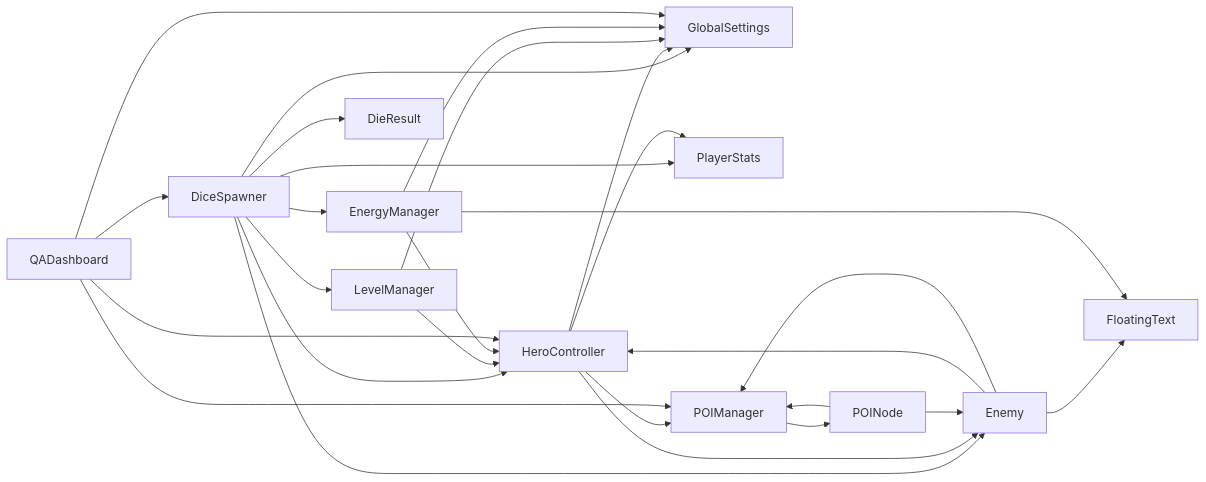
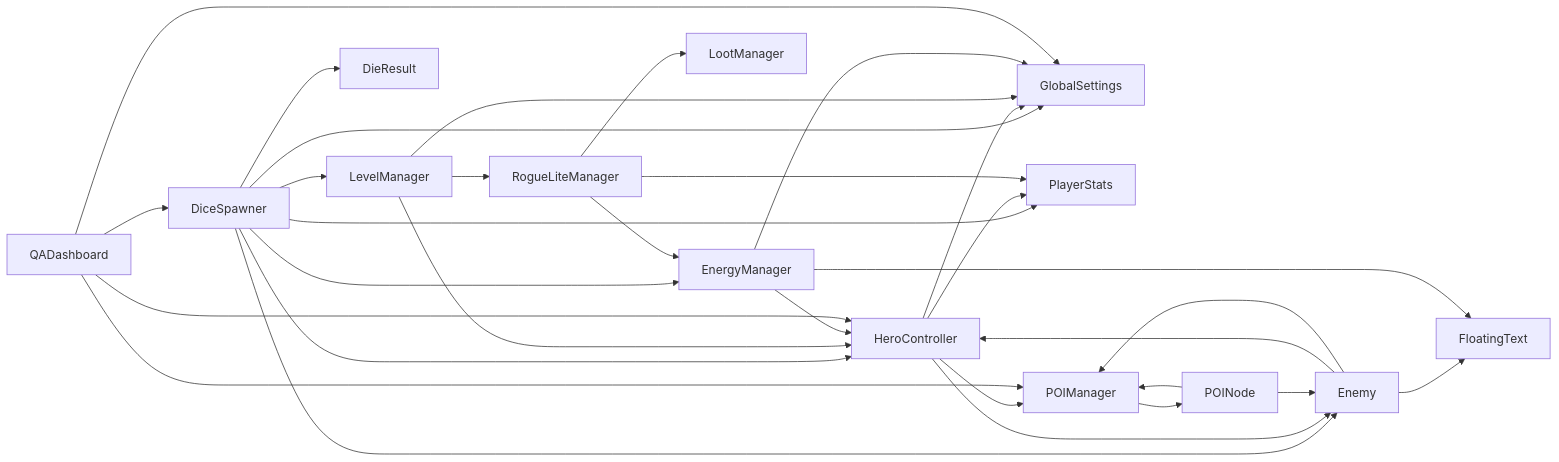
Before and after one commit to czyzem-stack/fatesRoll: the second of 16 diagrams in docs/ARCHITECTURE.md, drawn with Mermaid. The commit also changed other lines of this file and 21 other files, not shown here.

````diff
--- a/docs/ARCHITECTURE.md
+++ b/docs/ARCHITECTURE.md
@@ -88,36 +96,41 @@
 ```mermaid
 graph LR
     DiceSpawner --> EnergyManager
     DiceSpawner --> GlobalSettings
     DiceSpawner --> HeroController
     DiceSpawner --> PlayerStats
     DiceSpawner --> Enemy
     DiceSpawner --> LevelManager
     DiceSpawner --> DieResult
 
     HeroController --> POIManager
     HeroController --> GlobalSettings
     HeroController --> PlayerStats
     HeroController --> Enemy
 
     POINode --> POIManager
     POINode --> Enemy
 
     Enemy --> HeroController
     Enemy --> POIManager
     Enemy --> FloatingText
 
     POIManager --> POINode
 
     LevelManager --> HeroController
     LevelManager --> GlobalSettings
+    LevelManager --> RogueLiteManager
+
+    RogueLiteManager --> PlayerStats
+    RogueLiteManager --> EnergyManager
+    RogueLiteManager --> LootManager
 
     EnergyManager --> GlobalSettings
     EnergyManager --> HeroController
     EnergyManager --> FloatingText
 
     QADashboard --> HeroController
     QADashboard --> DiceSpawner
     QADashboard --> POIManager
     QADashboard --> GlobalSettings
 ```
````
